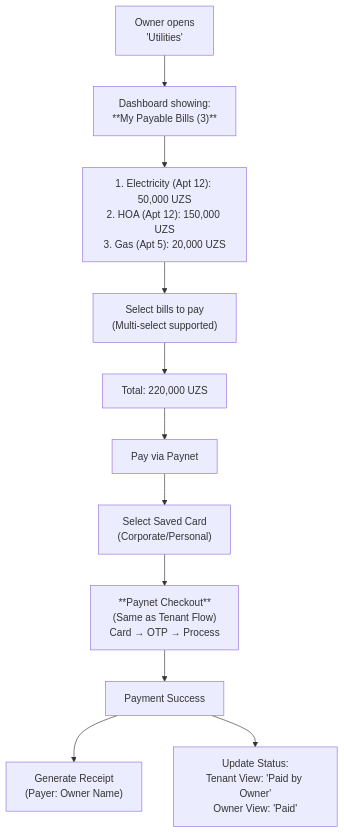
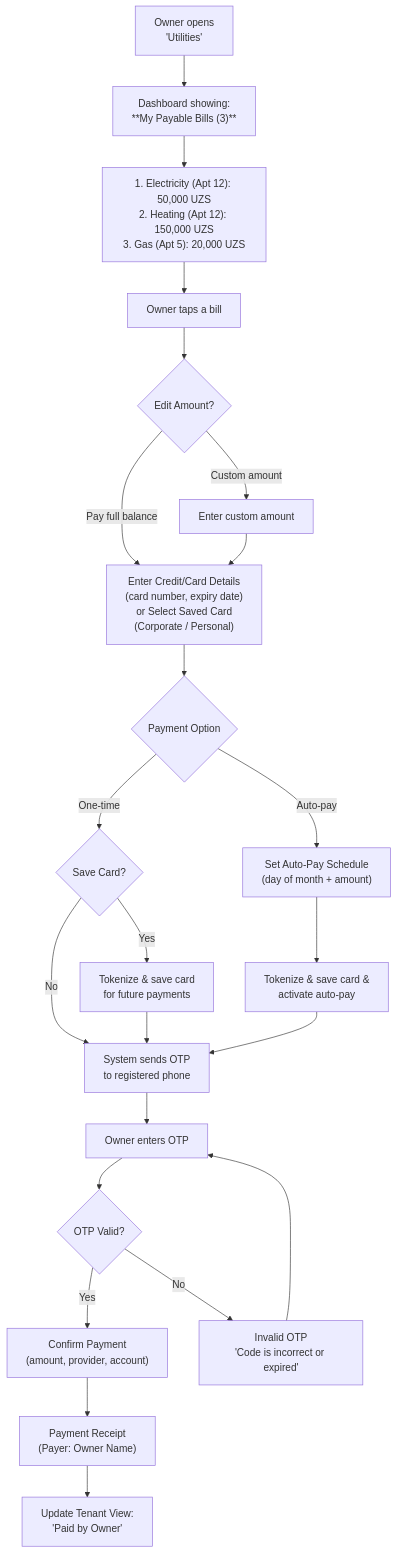
Before and after one commit to saodatm-dev/Utilities---Informational-Architecture: the tenth of 10 diagrams in Utilities - Business Owner.md, drawn with Mermaid. The commit also changed other lines of this file and 2 other files, not shown here.

Commit message:
refactor: streamline owner bill payment to single selection and clarify meter reading submission flow.

````diff
--- a/Utilities - Business Owner.md
+++ b/Utilities - Business Owner.md
@@ -292,20 +275,34 @@
 ```mermaid
 flowchart TD
     OPEN["Owner opens<br/>'Utilities'"] --> DASH["Dashboard showing:<br/>**My Payable Bills (3)**"]
 
-    DASH --> LIST["1. Electricity (Apt 12): 50,000 UZS<br/>2. HOA (Apt 12): 150,000 UZS<br/>3. Gas (Apt 5): 20,000 UZS"]
+    DASH --> LIST["1. Electricity (Apt 12): 50,000 UZS<br/>2. Heating (Apt 12): 150,000 UZS<br/>3. Gas (Apt 5): 20,000 UZS"]
 
-    LIST --> SELECT["Select bills to pay<br/>(Multi-select supported)"]
+    LIST --> SELECT["Owner taps a bill"]
 
-    SELECT --> TOTAL["Total: 220,000 UZS"]
-    TOTAL --> PAY_BTN["Pay via Paynet"]
+    SELECT --> EDIT_AMT{"Edit Amount?"}
+    EDIT_AMT -->|"Pay full balance"| CARD_DETAILS["Enter Credit/Card Details<br/>(card number, expiry date)<br/>or Select Saved Card<br/>(Corporate / Personal)"]
+    EDIT_AMT -->|"Custom amount"| CUSTOM_AMT["Enter custom amount"] --> CARD_DETAILS
 
-    PAY_BTN --> CARD["Select Saved Card<br/>(Corporate/Personal)"]
+    CARD_DETAILS --> PAY_OPTS{"Payment Option"}
 
-    CARD --> CHECKOUT["**Paynet Checkout**<br/>(Same as Tenant Flow)<br/>Card → OTP → Process"]
+    PAY_OPTS -->|"One-time"| SAVE_CARD{"Save Card?"}
+    SAVE_CARD -->|"Yes"| TOKENIZE["Tokenize & save card<br/>for future payments"]
+    SAVE_CARD -->|"No"| SEND_OTP
+    TOKENIZE --> SEND_OTP
 
-    CHECKOUT --> SUCCESS["Payment Success"]
+    PAY_OPTS -->|"Auto-pay"| SCHEDULE["Set Auto-Pay Schedule<br/>(day of month + amount)"]
+    SCHEDULE --> AUTO_SAVE["Tokenize & save card &<br/>activate auto-pay"]
+    AUTO_SAVE --> SEND_OTP
 
-    SUCCESS --> RECEIPT["Generate Receipt<br/>(Payer: Owner Name)"]
-    SUCCESS --> UPDATE["Update Status:<br/>Tenant View: 'Paid by Owner'<br/>Owner View: 'Paid'"]
+    SEND_OTP["System sends OTP<br/>to registered phone"]
+    SEND_OTP --> ENTER_OTP["Owner enters OTP"]
+    ENTER_OTP --> OTP_CHECK{"OTP Valid?"}
+
+    OTP_CHECK -->|"Yes"| CONFIRM["Confirm Payment<br/>(amount, provider, account)"]
+    OTP_CHECK -->|"No"| OTP_ERROR["Invalid OTP<br/>'Code is incorrect or expired'"]
+    OTP_ERROR --> ENTER_OTP
+
+    CONFIRM --> RECEIPT["Payment Receipt<br/>(Payer: Owner Name)"]
+    RECEIPT --> UPDATE["Update Tenant View:<br/>'Paid by Owner'"]
 ```
````
